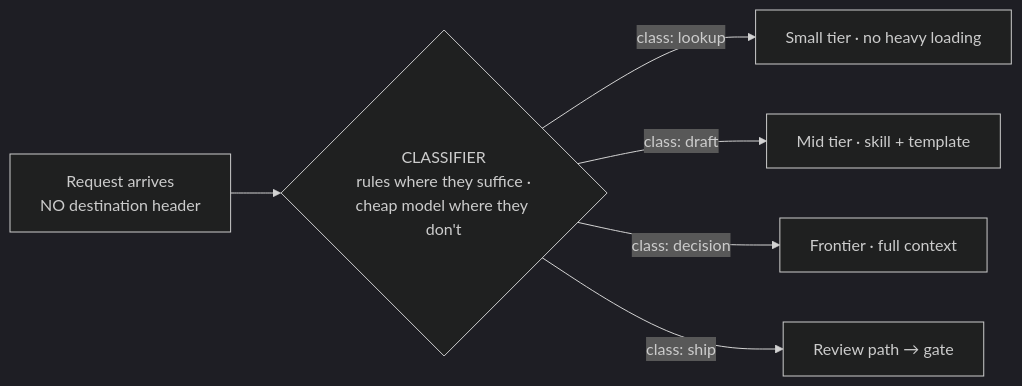
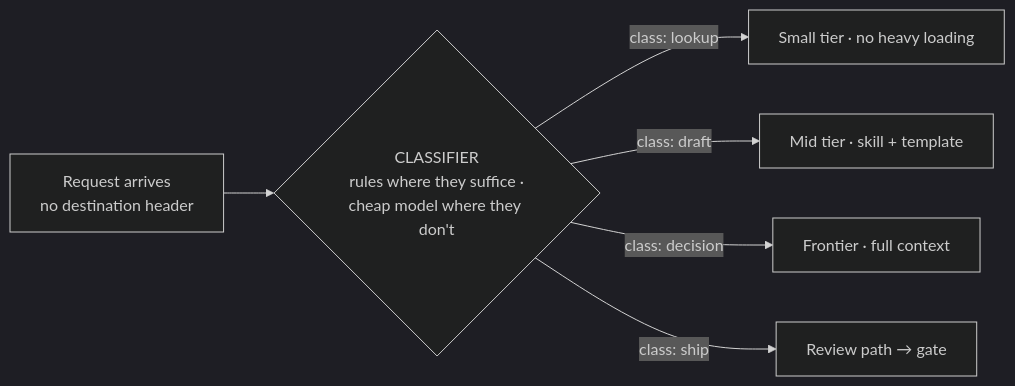
The diagram in guide/08-classification-then-forwarding.md (chorusse/agentic-estate), drawn with Mermaid (dark theme) before and after one commit. The commit also changed 14 other files, not shown here.

````diff
--- a/guide/08-classification-then-forwarding.md
+++ b/guide/08-classification-then-forwarding.md
@@ -58,8 +58,8 @@
 ```mermaid
 flowchart LR
-    req["Request arrives<br/>NO destination header"] --> cls{"CLASSIFIER<br/>rules where they suffice ·<br/>cheap model where they don't"}
+    req["Request arrives<br/>no destination header"] --> cls{"CLASSIFIER<br/>rules where they suffice ·<br/>cheap model where they don't"}
     cls -->|"class: lookup"| h1["Small tier · no heavy loading"]
     cls -->|"class: draft"| h2["Mid tier · skill + template"]
     cls -->|"class: decision"| h3["Frontier · full context"]
     cls -->|"class: ship"| h4["Review path → gate"]
 ```
````
